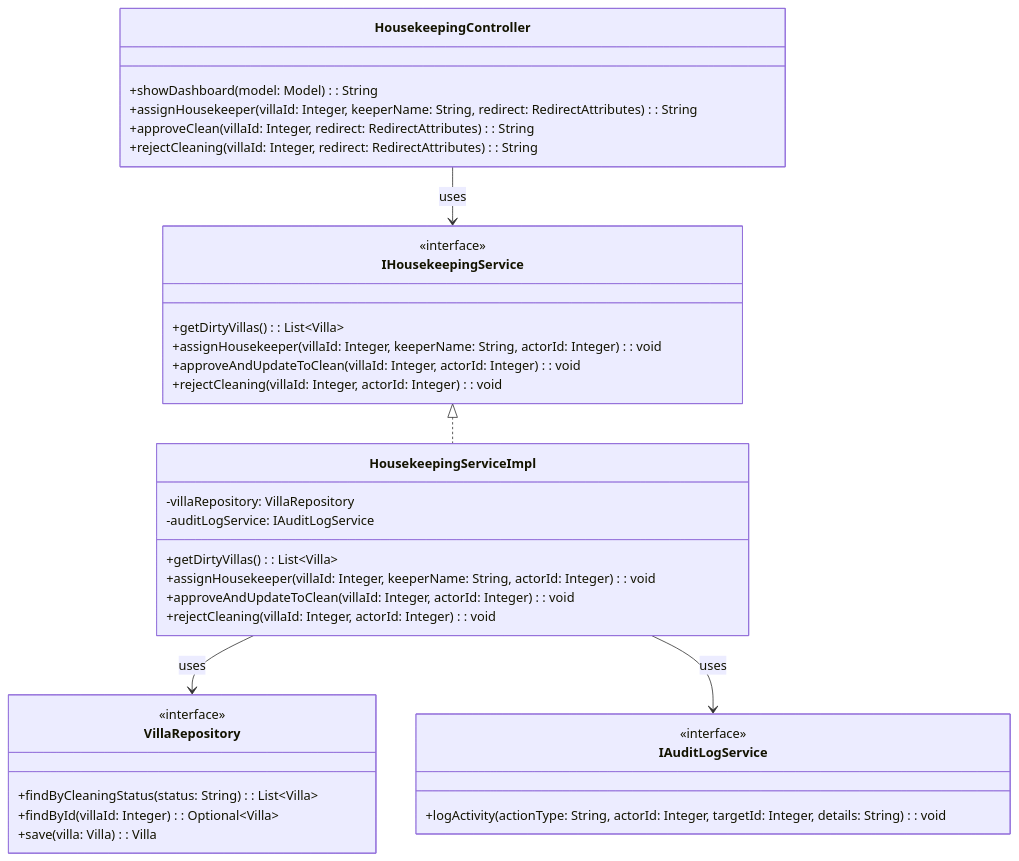
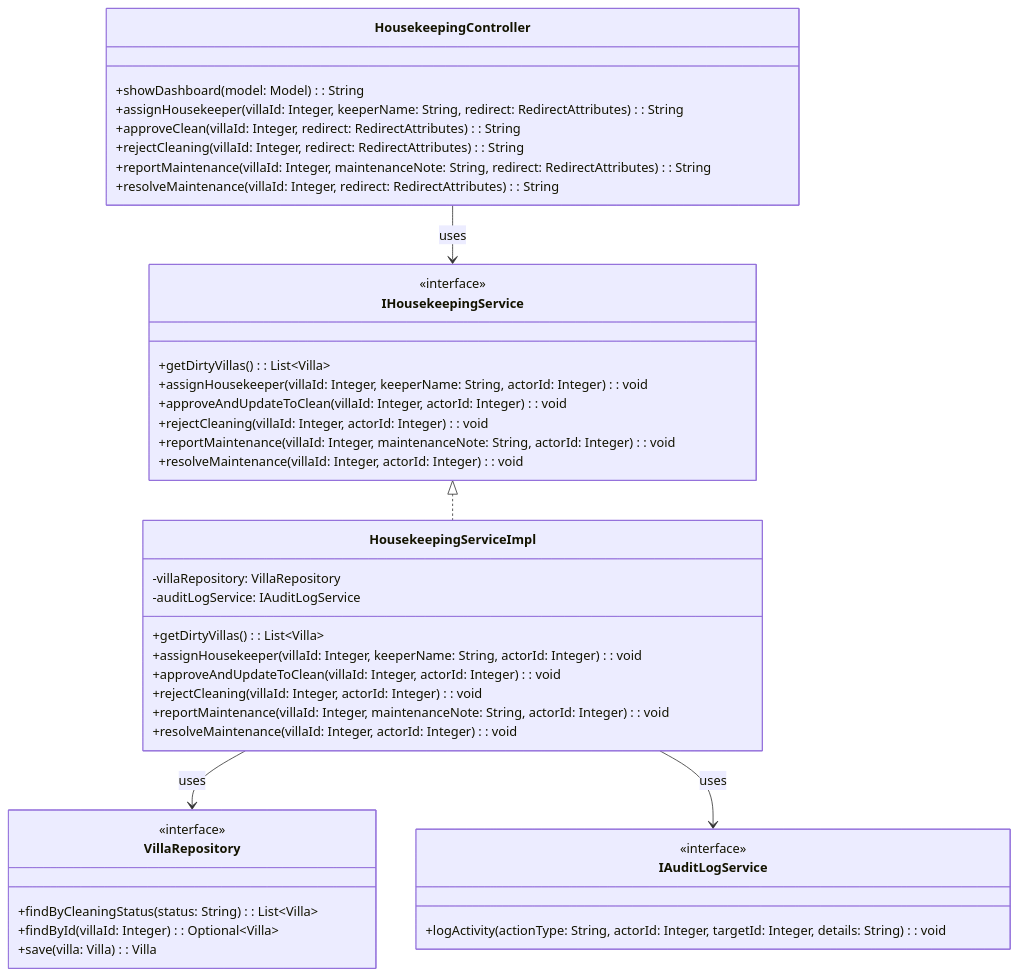
The first of 4 diagrams in 04_Implement/Module5/UC28/UC28_EDS_Housekeeping.md (danhdac36/xoai-aura-retreat), drawn with Mermaid before and after one commit. The commit also changed other lines of this file and 23 other files, not shown here.

````diff
--- a/04_Implement/Module5/UC28/UC28_EDS_Housekeeping.md
+++ b/04_Implement/Module5/UC28/UC28_EDS_Housekeeping.md
@@ -146,43 +148,49 @@
 ```mermaid
 classDiagram
     class HousekeepingController {
       +showDashboard(model: Model): String
       +assignHousekeeper(villaId: Integer, keeperName: String, redirect: RedirectAttributes): String
       +approveClean(villaId: Integer, redirect: RedirectAttributes): String
       +rejectCleaning(villaId: Integer, redirect: RedirectAttributes): String
+      +reportMaintenance(villaId: Integer, maintenanceNote: String, redirect: RedirectAttributes): String
+      +resolveMaintenance(villaId: Integer, redirect: RedirectAttributes): String
     }
 
     class IHousekeepingService {
       <<interface>>
       +getDirtyVillas(): List~Villa~
       +assignHousekeeper(villaId: Integer, keeperName: String, actorId: Integer): void
       +approveAndUpdateToClean(villaId: Integer, actorId: Integer): void
       +rejectCleaning(villaId: Integer, actorId: Integer): void
+      +reportMaintenance(villaId: Integer, maintenanceNote: String, actorId: Integer): void
+      +resolveMaintenance(villaId: Integer, actorId: Integer): void
     }
 
     class HousekeepingServiceImpl {
       -villaRepository: VillaRepository
       -auditLogService: IAuditLogService
       +getDirtyVillas(): List~Villa~
       +assignHousekeeper(villaId: Integer, keeperName: String, actorId: Integer): void
       +approveAndUpdateToClean(villaId: Integer, actorId: Integer): void
       +rejectCleaning(villaId: Integer, actorId: Integer): void
+      +reportMaintenance(villaId: Integer, maintenanceNote: String, actorId: Integer): void
+      +resolveMaintenance(villaId: Integer, actorId: Integer): void
     }
 
     class VillaRepository {
       <<interface>>
       +findByCleaningStatus(status: String): List~Villa~
       +findById(villaId: Integer): Optional~Villa~
       +save(villa: Villa): Villa
     }
 
     class IAuditLogService {
       <<interface>>
       +logActivity(actionType: String, actorId: Integer, targetId: Integer, details: String): void
     }
 
     HousekeepingController --> IHousekeepingService : uses
     IHousekeepingService <|.. HousekeepingServiceImpl
     HousekeepingServiceImpl --> VillaRepository : uses
     HousekeepingServiceImpl --> IAuditLogService : uses
 ```
````
